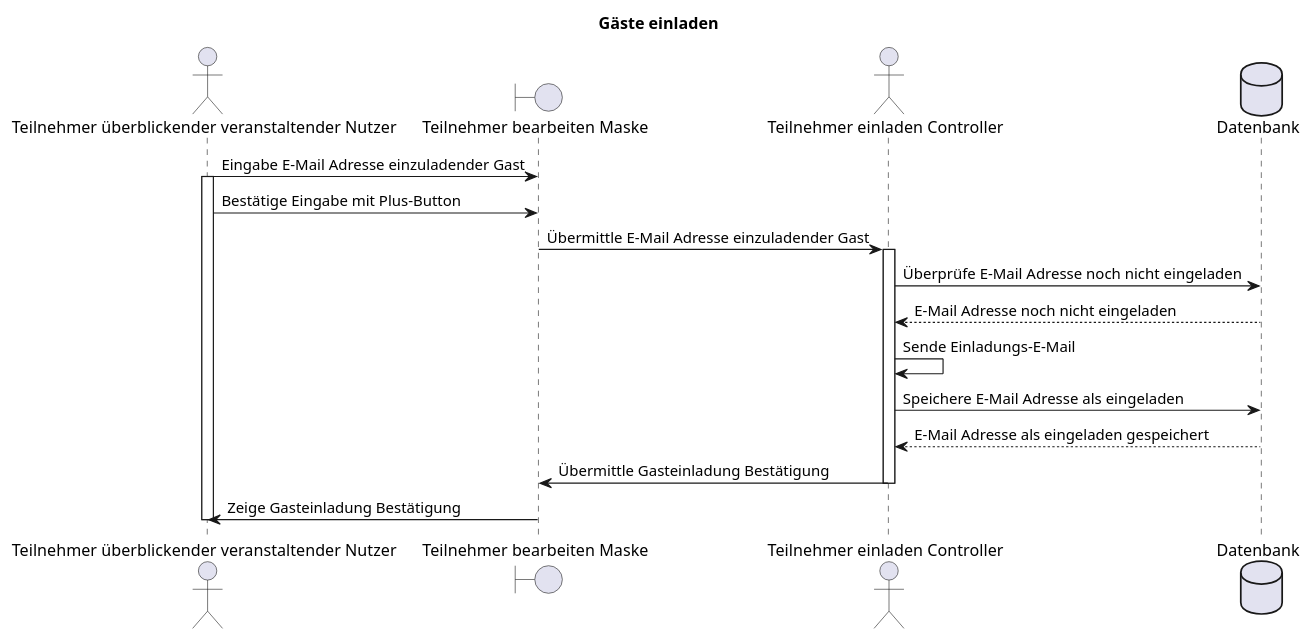
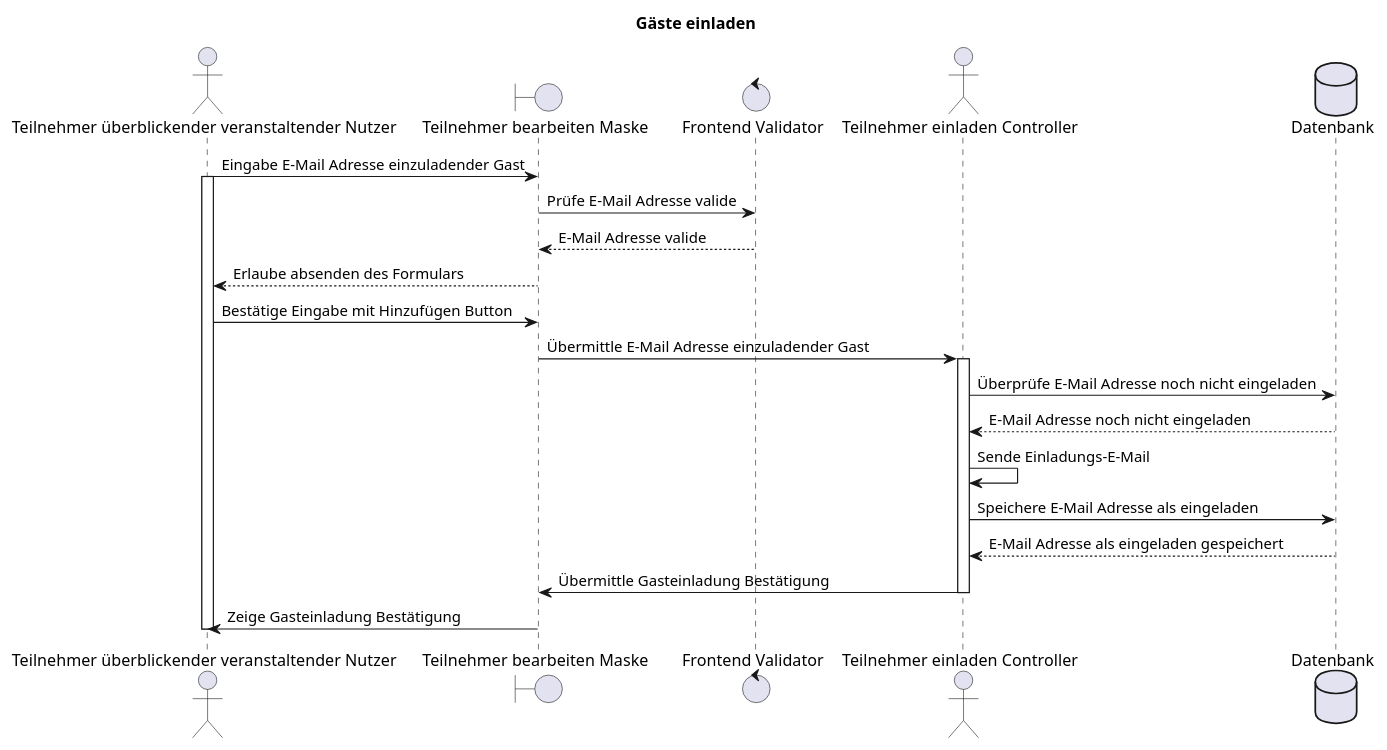
Before and after one commit to party-time-2/party-time: the diagram in docs/F004/F004_gaesteEinladen_seq.plantuml, drawn with PlantUML. The commit also changed 9 other files, not shown here.

Commit message:
F004, F005 and F006 diagrams overhaul

```diff
--- a/docs/F004/F004_gaesteEinladen_seq.plantuml
+++ b/docs/F004/F004_gaesteEinladen_seq.plantuml
@@ -1,23 +1,27 @@
 @startuml F004_gaesteEinladen_seq
 title "Gäste einladen"
 
 actor "Teilnehmer überblickender veranstaltender Nutzer" as user
 boundary "Teilnehmer bearbeiten Maske" as editParticipantsMask
+control "Frontend Validator" as frontValid
 actor "Teilnehmer einladen Controller" as controller
 database "Datenbank" as db
 
 user -> editParticipantsMask: Eingabe E-Mail Adresse einzuladender Gast
 activate user
-user -> editParticipantsMask: Bestätige Eingabe mit Plus-Button
+editParticipantsMask -> frontValid: Prüfe E-Mail Adresse valide
+editParticipantsMask <-- frontValid: E-Mail Adresse valide
+user <-- editParticipantsMask: Erlaube absenden des Formulars
+user -> editParticipantsMask: Bestätige Eingabe mit Hinzufügen Button
 editParticipantsMask -> controller: Übermittle E-Mail Adresse einzuladender Gast
 activate controller
 controller -> db: Überprüfe E-Mail Adresse noch nicht eingeladen
 db --> controller: E-Mail Adresse noch nicht eingeladen
 controller -> controller: Sende Einladungs-E-Mail
 controller -> db: Speichere E-Mail Adresse als eingeladen
 db --> controller: E-Mail Adresse als eingeladen gespeichert
 controller -> editParticipantsMask: Übermittle Gasteinladung Bestätigung
 deactivate controller
 editParticipantsMask -> user: Zeige Gasteinladung Bestätigung
 deactivate user
 @enduml
```
